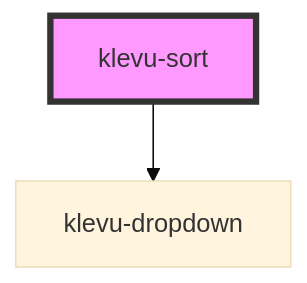
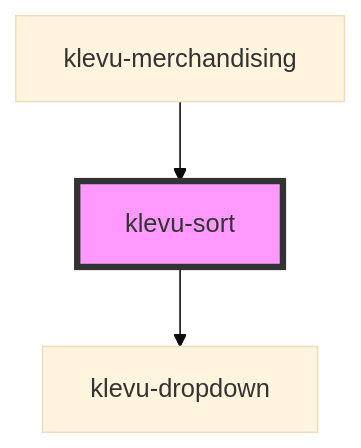
The diagram in packages/klevu-ui/src/components/klevu-sort/readme.md (klevultd/frontend-sdk), drawn with Mermaid (base theme) before and after one commit. The commit also changed other lines of this file and 28 other files, not shown here.

````diff
--- a/packages/klevu-ui/src/components/klevu-sort/readme.md
+++ b/packages/klevu-ui/src/components/klevu-sort/readme.md
@@ -20,5 +24,6 @@
 ```mermaid
 graph TD;
   klevu-sort --> klevu-dropdown
+  klevu-merchandising --> klevu-sort
   style klevu-sort fill:#f9f,stroke:#333,stroke-width:4px
 ```
````
